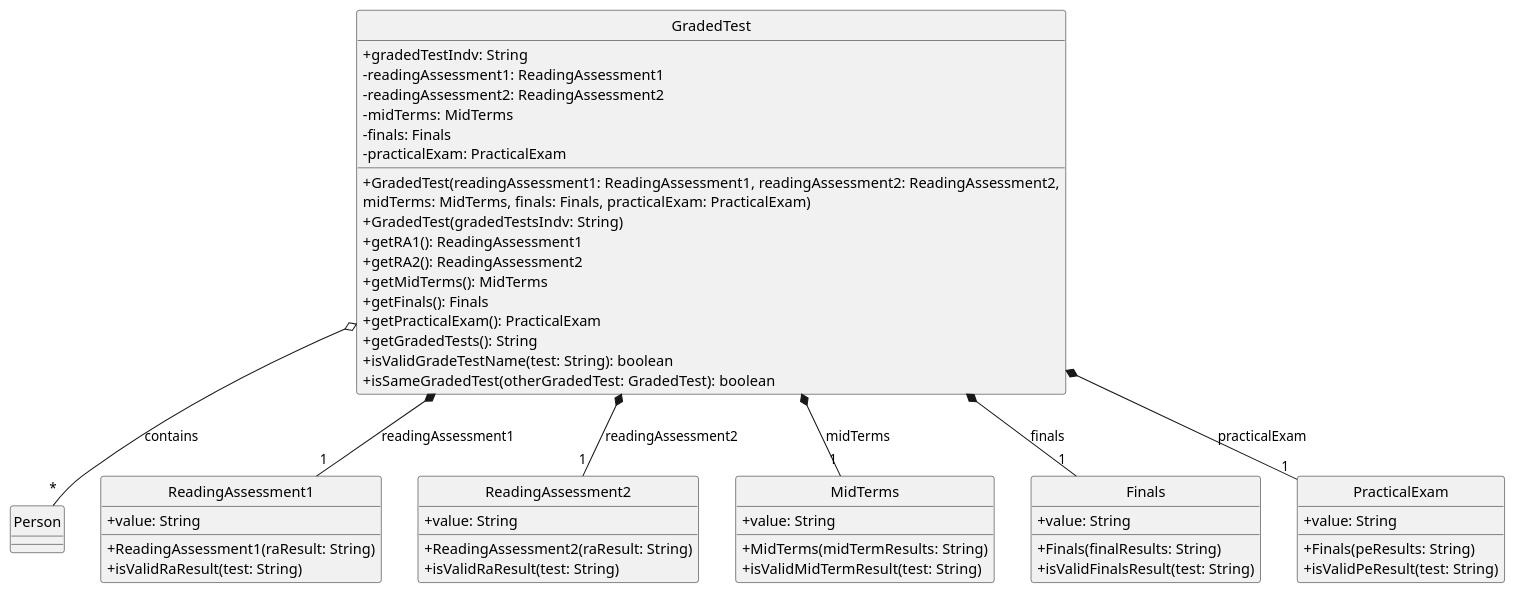
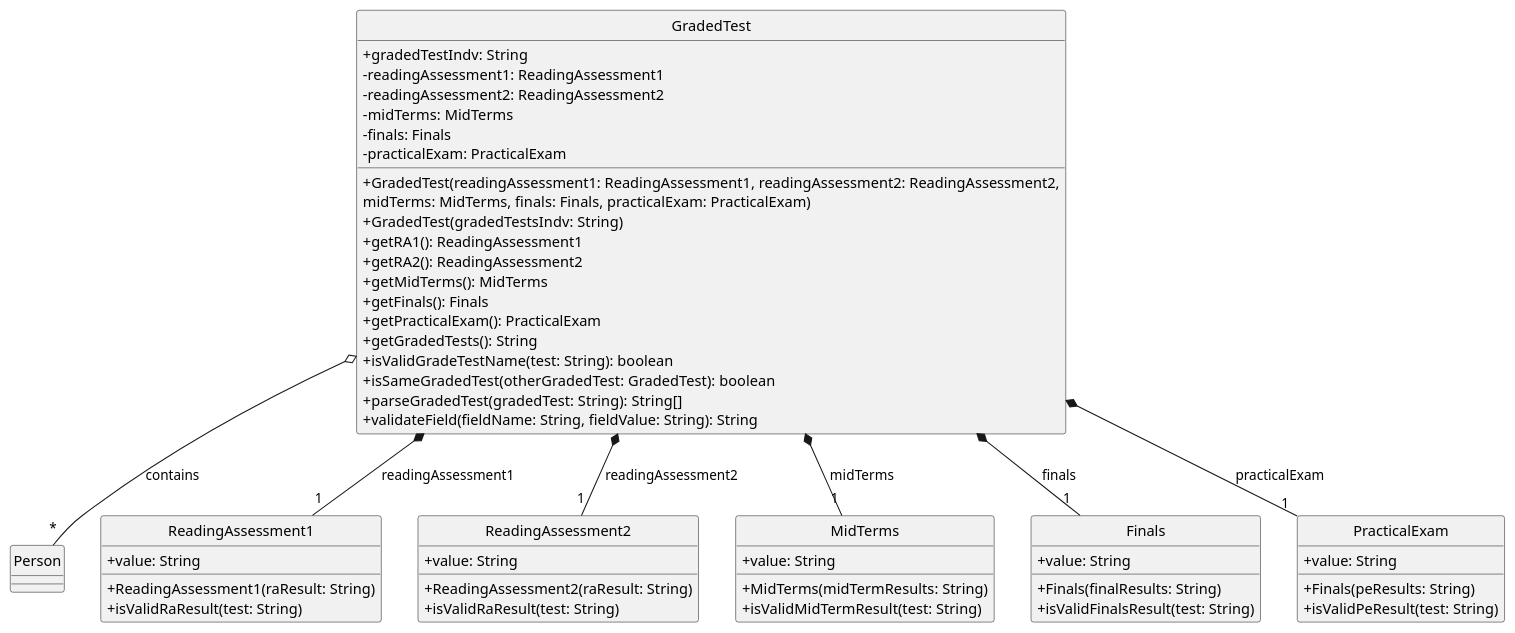
The diagram in docs/diagrams/GradedTestClassDiagram.puml (raydenlim/tp), drawn with PlantUML before and after one commit. The commit also changed 2 other files, not shown here.

Commit message:
Update UML and javadocs

```diff
--- a/docs/diagrams/GradedTestClassDiagram.puml
+++ b/docs/diagrams/GradedTestClassDiagram.puml
@@ -1,67 +1,69 @@
 @startuml GradedTest
 hide circle
 skinparam classAttributeIconSize 0
 
 class Person {
 }
 
 class GradedTest {
     + gradedTestIndv: String
     - readingAssessment1: ReadingAssessment1
     - readingAssessment2: ReadingAssessment2
     - midTerms: MidTerms
     - finals: Finals
     - practicalExam: PracticalExam
     + GradedTest(readingAssessment1: ReadingAssessment1, readingAssessment2: ReadingAssessment2,
           midTerms: MidTerms, finals: Finals, practicalExam: PracticalExam)
     + GradedTest(gradedTestsIndv: String)
     + getRA1(): ReadingAssessment1
     + getRA2(): ReadingAssessment2
     + getMidTerms(): MidTerms
     + getFinals(): Finals
     + getPracticalExam(): PracticalExam
     + getGradedTests(): String
     + isValidGradeTestName(test: String): boolean
     + isSameGradedTest(otherGradedTest: GradedTest): boolean
+    + parseGradedTest(gradedTest: String): String[]
+    + validateField(fieldName: String, fieldValue: String): String
 }
 
 class ReadingAssessment1 {
     + value: String
     + ReadingAssessment1(raResult: String)
     + isValidRaResult(test: String)
 }
 
 class ReadingAssessment2 {
     + value: String
     + ReadingAssessment2(raResult: String)
     + isValidRaResult(test: String)
 }
 
 class MidTerms {
     + value: String
     + MidTerms(midTermResults: String)
     + isValidMidTermResult(test: String)
 }
 
 class Finals {
     + value: String
     + Finals(finalResults: String)
     + isValidFinalsResult(test: String)
 }
 
 class PracticalExam {
     + value: String
     + Finals(peResults: String)
     + isValidPeResult(test: String)
 }
 
 
 GradedTest o-- "*" Person: contains
 GradedTest *-- "1" ReadingAssessment1: readingAssessment1
 GradedTest *-- "1" ReadingAssessment2: readingAssessment2
 GradedTest *-- "1" MidTerms: midTerms
 GradedTest *-- "1" Finals: finals
 GradedTest *-- "1" PracticalExam: practicalExam
 
 
 @enduml
```
